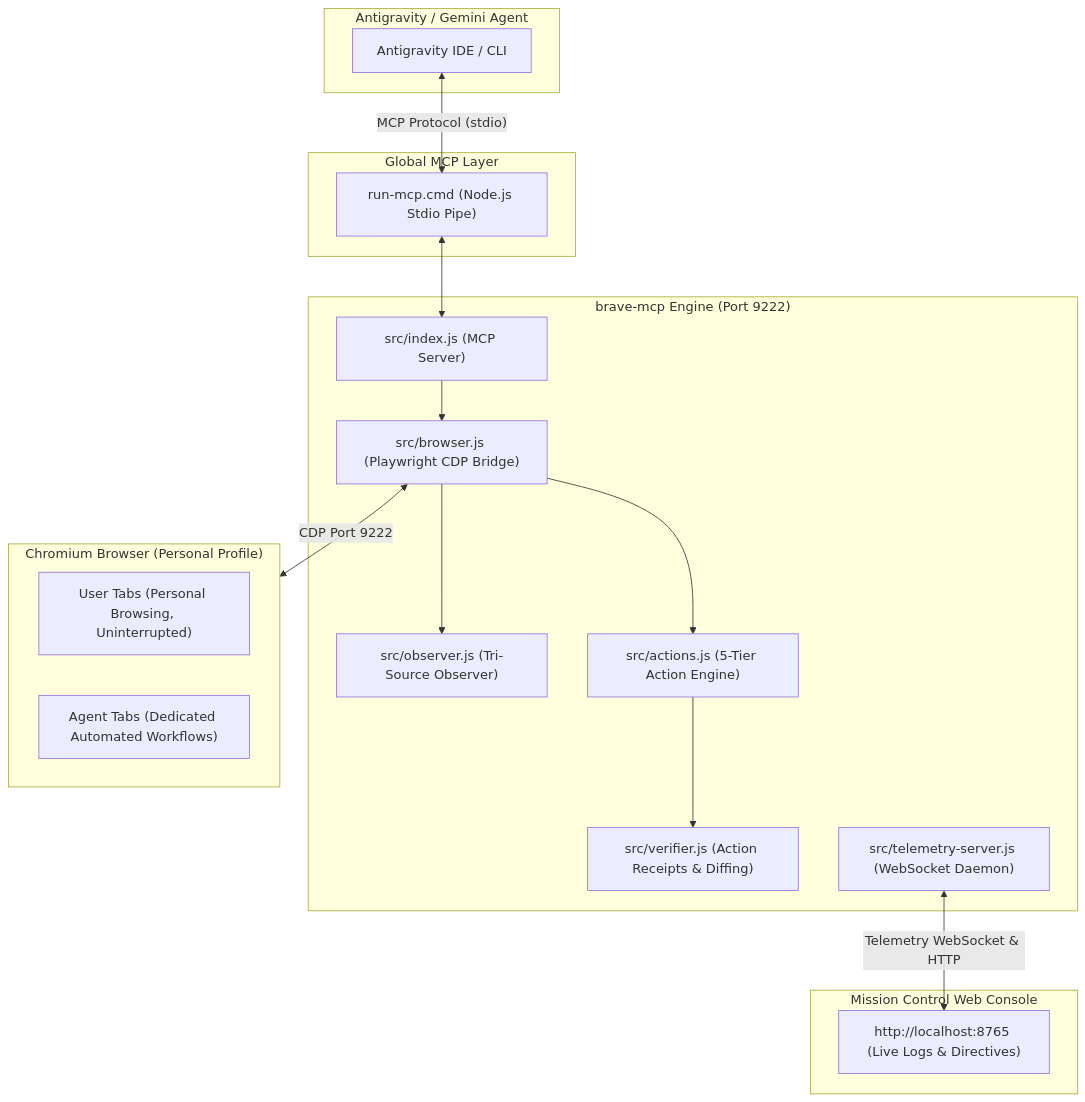
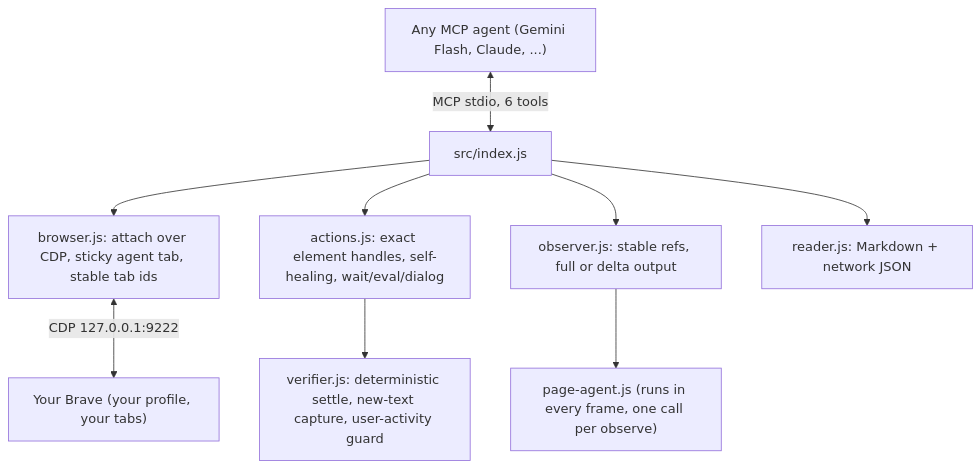
The diagram in README.md (Godwynski/Browser-remastered), drawn with Mermaid before and after one commit. The commit also changed other lines of this file and 34 other files, not shown here.

First line of the commit message:
Rebuild brave-mcp as a universal co-browsing engine (v2)

````diff
--- a/README.md
+++ b/README.md
@@ -25,37 +13,11 @@
 ```mermaid
 graph TD
-    subgraph AI["Antigravity / Gemini Agent"]
-        AGY["Antigravity IDE / CLI"]
-    end
-
-    subgraph Config["Global MCP Layer"]
-        CMD["run-mcp.cmd (Node.js Stdio Pipe)"]
-    end
-
-    subgraph Bridge["brave-mcp Engine (Port 9222)"]
-        INDEX["src/index.js (MCP Server)"]
-        BROWSER["src/browser.js (Playwright CDP Bridge)"]
-        OBS["src/observer.js (Tri-Source Observer)"]
-        ACT["src/actions.js (5-Tier Action Engine)"]
-        VER["src/verifier.js (Action Receipts & Diffing)"]
-        TEL["src/telemetry-server.js (WebSocket Daemon)"]
-    end
-
-    subgraph Brave["Chromium Browser (Personal Profile)"]
-        UW["User Tabs (Personal Browsing, Uninterrupted)"]
-        AW["Agent Tabs (Dedicated Automated Workflows)"]
-    end
-
-    subgraph Console["Mission Control Web Console"]
-        DASH["http://localhost:8765 (Live Logs & Directives)"]
-    end
-
-    AGY <-->|"MCP Protocol (stdio)"| CMD
-    CMD <--> INDEX
-    INDEX --> BROWSER
-    BROWSER <-->|"CDP Port 9222"| Brave
-    BROWSER --> OBS
-    BROWSER --> ACT
-    ACT --> VER
-    TEL <-->|"Telemetry WebSocket & HTTP"| DASH
+    AI["Any MCP agent (Gemini Flash, Claude, ...)"] <-->|"MCP stdio, 6 tools"| IDX["src/index.js"]
+    IDX --> BM["browser.js: attach over CDP, sticky agent tab, stable tab ids"]
+    IDX --> ACT["actions.js: exact element handles, self-healing, wait/eval/dialog"]
+    ACT --> VER["verifier.js: deterministic settle, new-text capture, user-activity guard"]
+    IDX --> OBS["observer.js: stable refs, full or delta output"]
+    OBS --> PA["page-agent.js (runs in every frame, one call per observe)"]
+    IDX --> RD["reader.js: Markdown + network JSON"]
+    BM <-->|"CDP 127.0.0.1:9222"| BR["Your Brave (your profile, your tabs)"]
 ```
````
